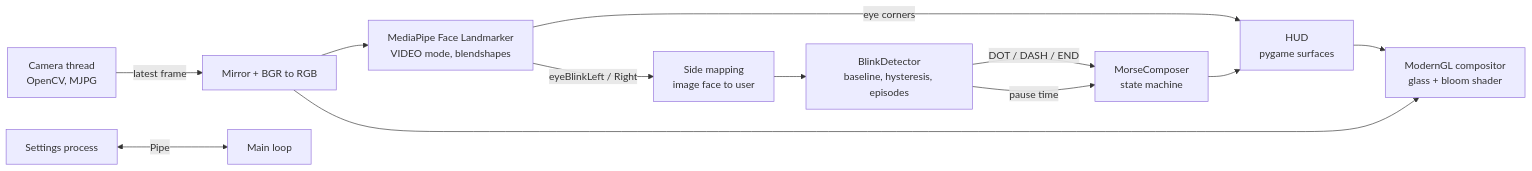
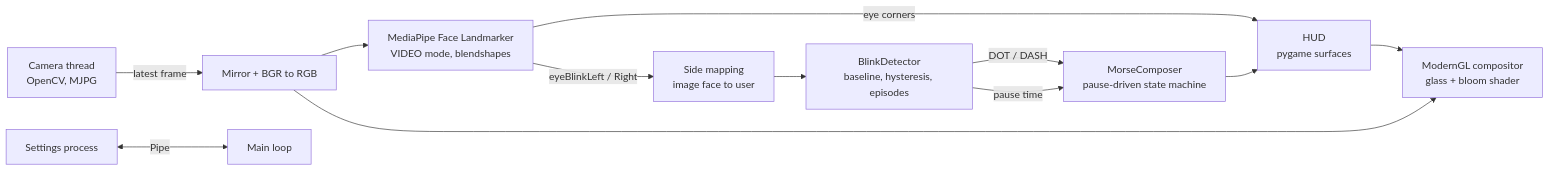
Before and after one commit to trungsyd2409/AI_computer_vision_morse_coding: the diagram in README.md, drawn with Mermaid. The commit also changed other lines of this file and 12 other files, not shown here.

````diff
--- a/README.md
+++ b/README.md
@@ -177,14 +183,14 @@
 ```mermaid
 flowchart LR
     A[Camera thread<br/>OpenCV, MJPG] -->|latest frame| B[Mirror + BGR to RGB]
     B --> C[MediaPipe Face Landmarker<br/>VIDEO mode, blendshapes]
     C -->|eyeBlinkLeft / Right| M[Side mapping<br/>image face to user]
     M --> D[BlinkDetector<br/>baseline, hysteresis, episodes]
-    D -->|DOT / DASH / END| F[MorseComposer<br/>state machine]
+    D -->|DOT / DASH| F[MorseComposer<br/>pause-driven state machine]
     D -->|pause time| F
     C -->|eye corners| G
     F --> G[HUD<br/>pygame surfaces]
     G --> H[ModernGL compositor<br/>glass + bloom shader]
     B --> H
     I[Settings process] <-->|Pipe| J[Main loop]
 ```
````
